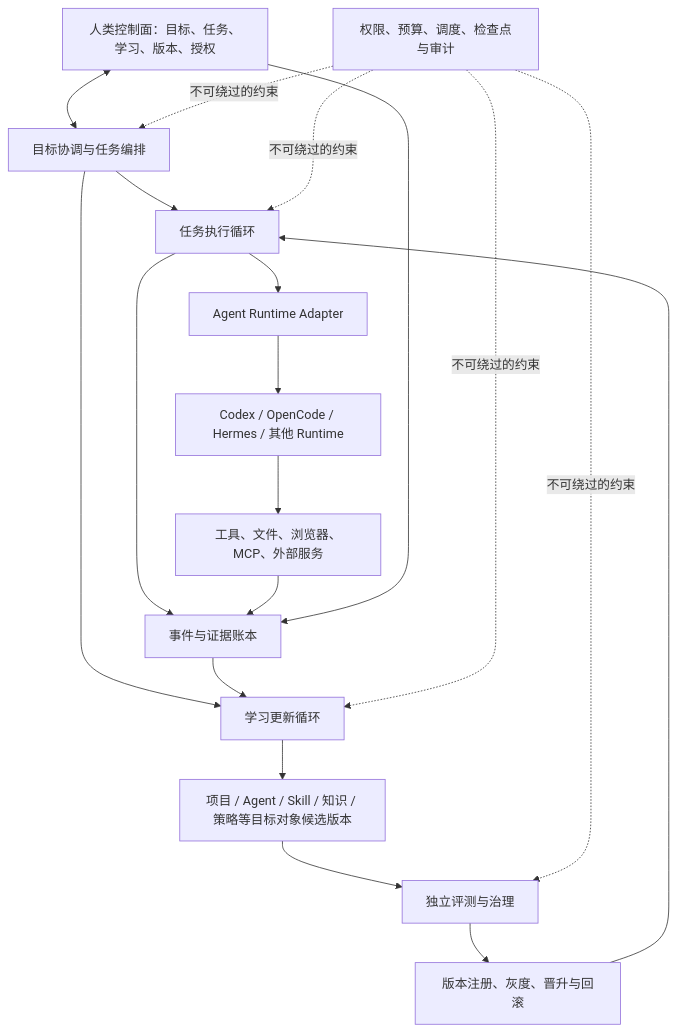
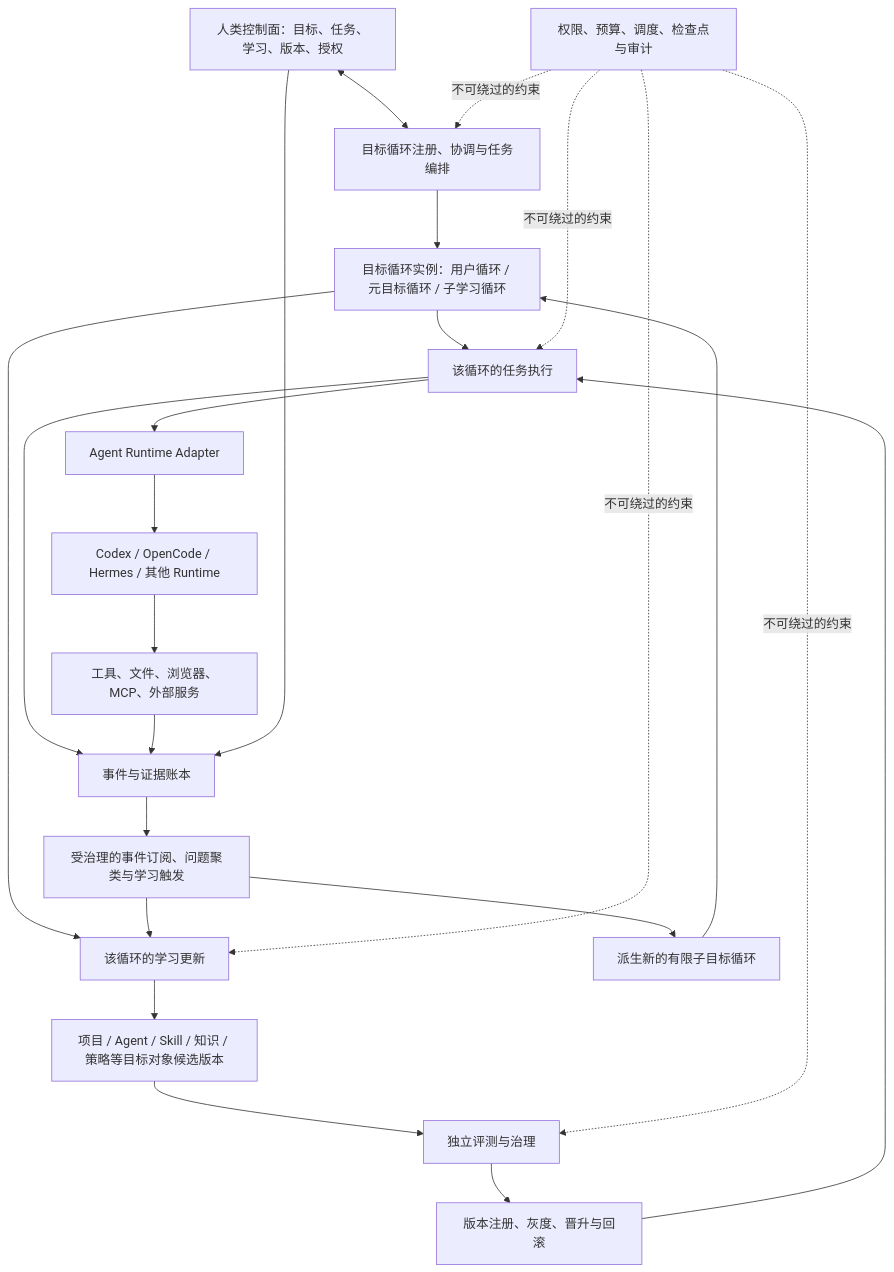
Before and after one commit to daydreamer0213/Tian-wen: the first of 2 diagrams in docs/continuous-learning-agent-research-notes.md, drawn with Mermaid. The commit also changed other lines of this file, not shown here.

````diff
--- a/docs/continuous-learning-agent-research-notes.md
+++ b/docs/continuous-learning-agent-research-notes.md
@@ -2241,26 +2251,30 @@
 ```mermaid
 flowchart TB
-    H["人类控制面：目标、任务、学习、版本、授权"] <--> O["目标协调与任务编排"]
+    H["人类控制面：目标、任务、学习、版本、授权"] <--> O["目标循环注册、协调与任务编排"]
 
-    O --> X["任务执行循环"]
-    O --> L["学习更新循环"]
+    O --> Q["目标循环实例：用户循环 / 元目标循环 / 子学习循环"]
+    Q --> X["该循环的任务执行"]
+    Q --> L["该循环的学习更新"]
 
     X --> A["Agent Runtime Adapter"]
     A --> R["Codex / OpenCode / Hermes / 其他 Runtime"]
     R --> T["工具、文件、浏览器、MCP、外部服务"]
 
     X --> E["事件与证据账本"]
     T --> E
     H --> E
 
-    E --> L
+    E --> S["受治理的事件订阅、问题聚类与学习触发"]
+    S --> L
+    S --> N["派生新的有限子目标循环"]
+    N --> Q
     L --> C["项目 / Agent / Skill / 知识 / 策略等目标对象候选版本"]
     C --> V["独立评测与治理"]
     V --> G["版本注册、灰度、晋升与回滚"]
     G --> X
 
     P["权限、预算、调度、检查点与审计"] -. "不可绕过的约束" .-> O
     P -. "不可绕过的约束" .-> X
     P -. "不可绕过的约束" .-> L
     P -. "不可绕过的约束" .-> V
 ```
````
